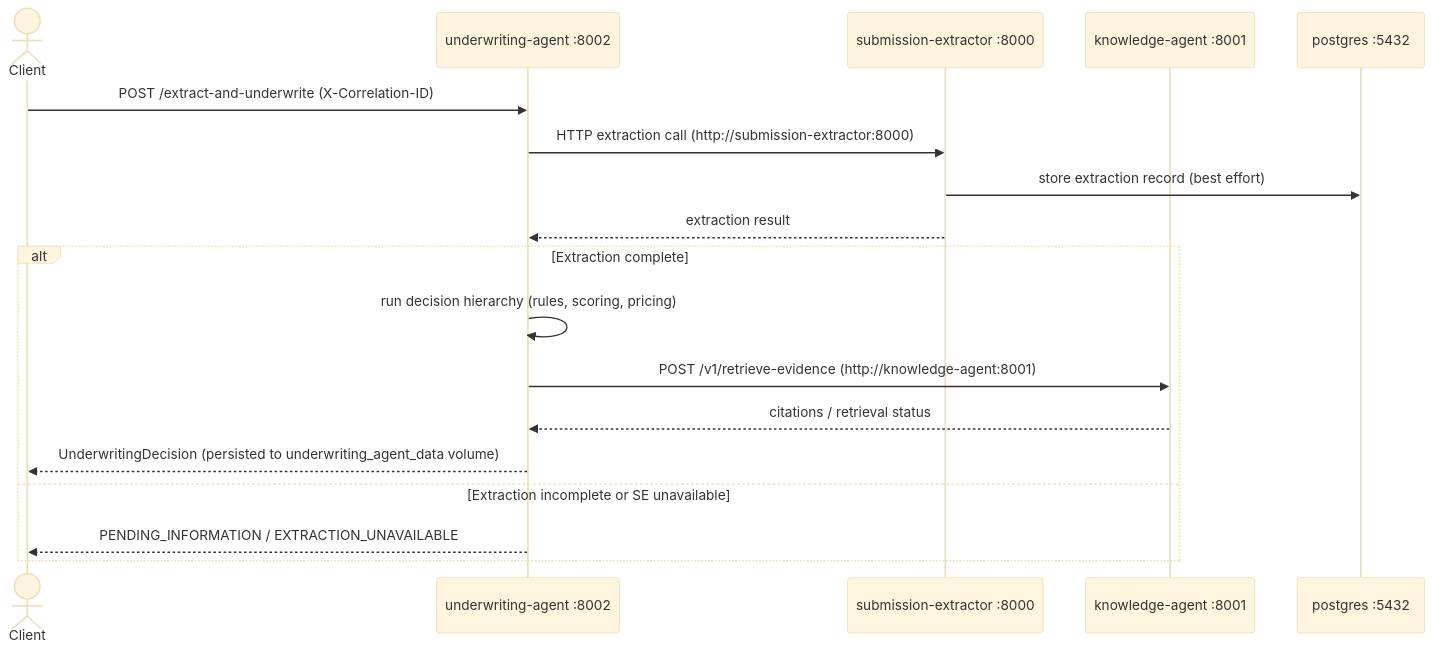
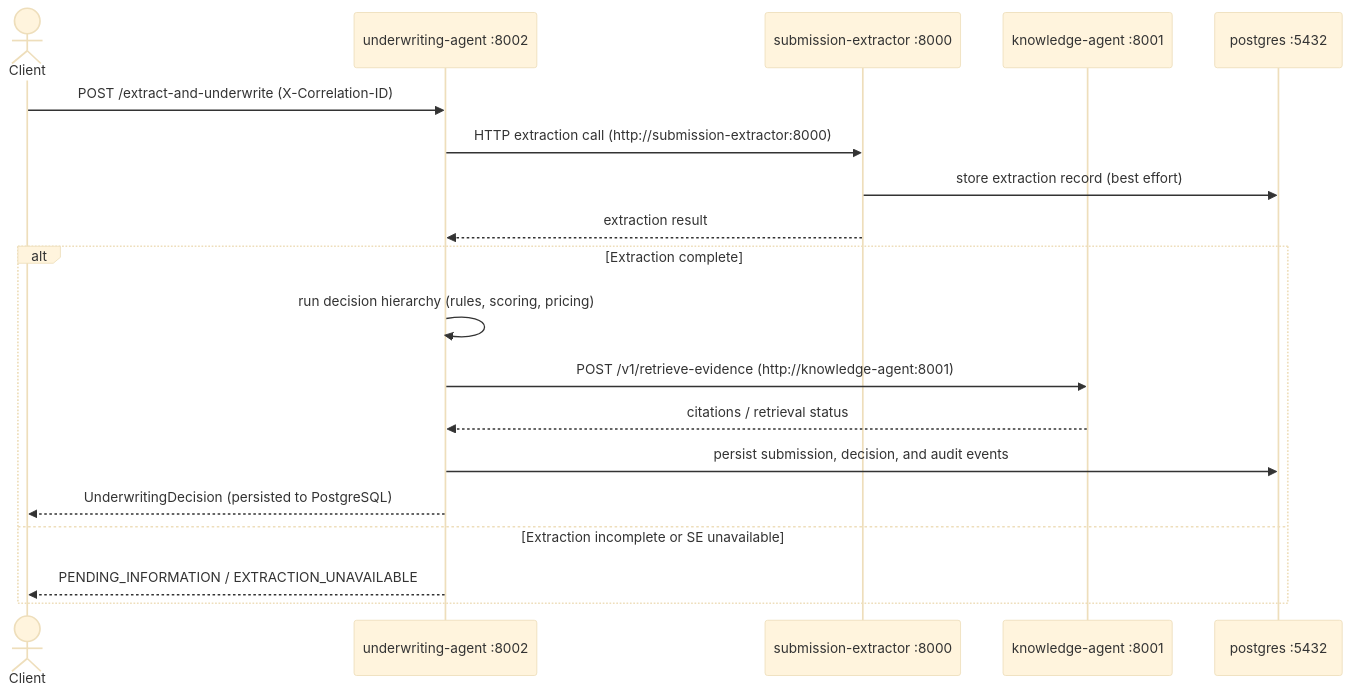
The third of 3 diagrams in system-architecture_updated.md (Kwame-K/insurance-agentic-platform), drawn with Mermaid (base theme) before and after one commit. The commit also changed other lines of this file, not shown here.

Commit message:
docs(platform): update architecture for Underwriting PostgreSQL migration

````diff
--- a/system-architecture_updated.md
+++ b/system-architecture_updated.md
@@ -97,21 +97,22 @@
 ```mermaid
 sequenceDiagram
     actor Client
     participant UW as underwriting-agent :8002
     participant SE as submission-extractor :8000
     participant KA as knowledge-agent :8001
     participant PG as postgres :5432
 
     Client->>UW: POST /extract-and-underwrite (X-Correlation-ID)
     UW->>SE: HTTP extraction call (http://submission-extractor:8000)
     SE->>PG: store extraction record (best effort)
     SE-->>UW: extraction result
     alt Extraction complete
         UW->>UW: run decision hierarchy (rules, scoring, pricing)
         UW->>KA: POST /v1/retrieve-evidence (http://knowledge-agent:8001)
         KA-->>UW: citations / retrieval status
-        UW-->>Client: UnderwritingDecision (persisted to underwriting_agent_data volume)
+        UW->>PG: persist submission, decision, and audit events
+        UW-->>Client: UnderwritingDecision (persisted to PostgreSQL)
     else Extraction incomplete or SE unavailable
         UW-->>Client: PENDING_INFORMATION / EXTRACTION_UNAVAILABLE
     end
 ```
````
